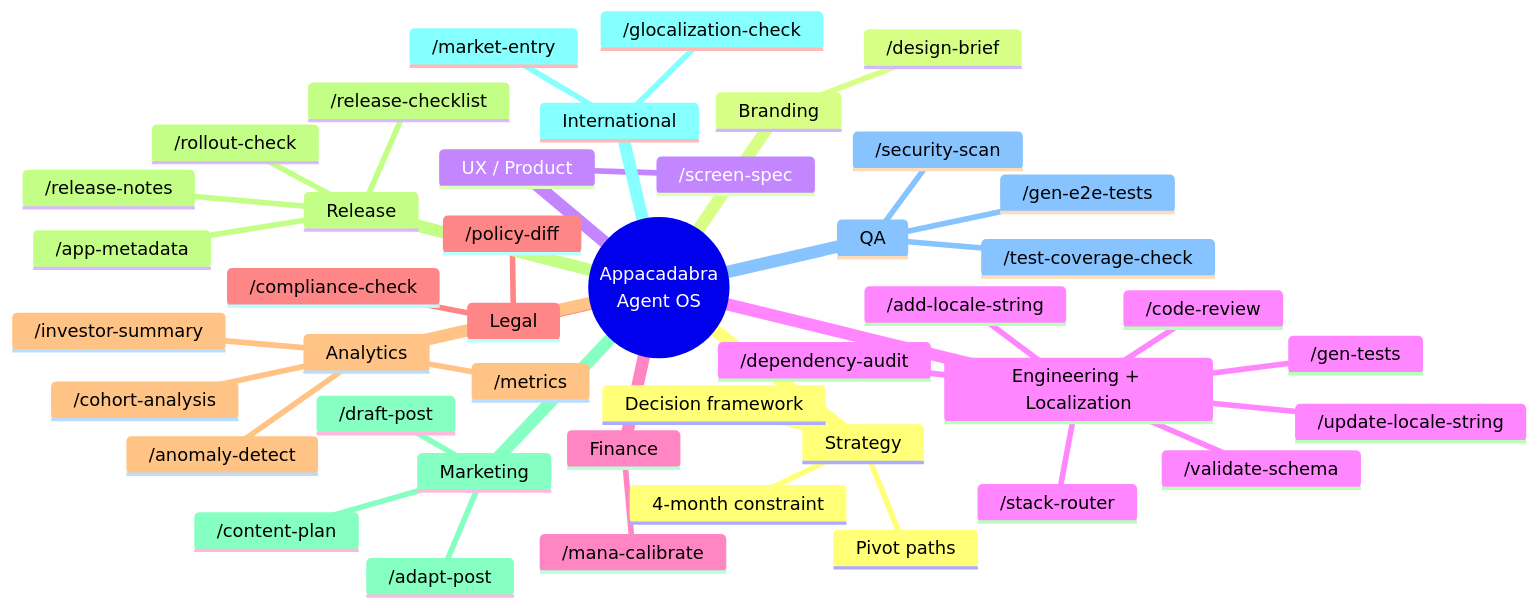
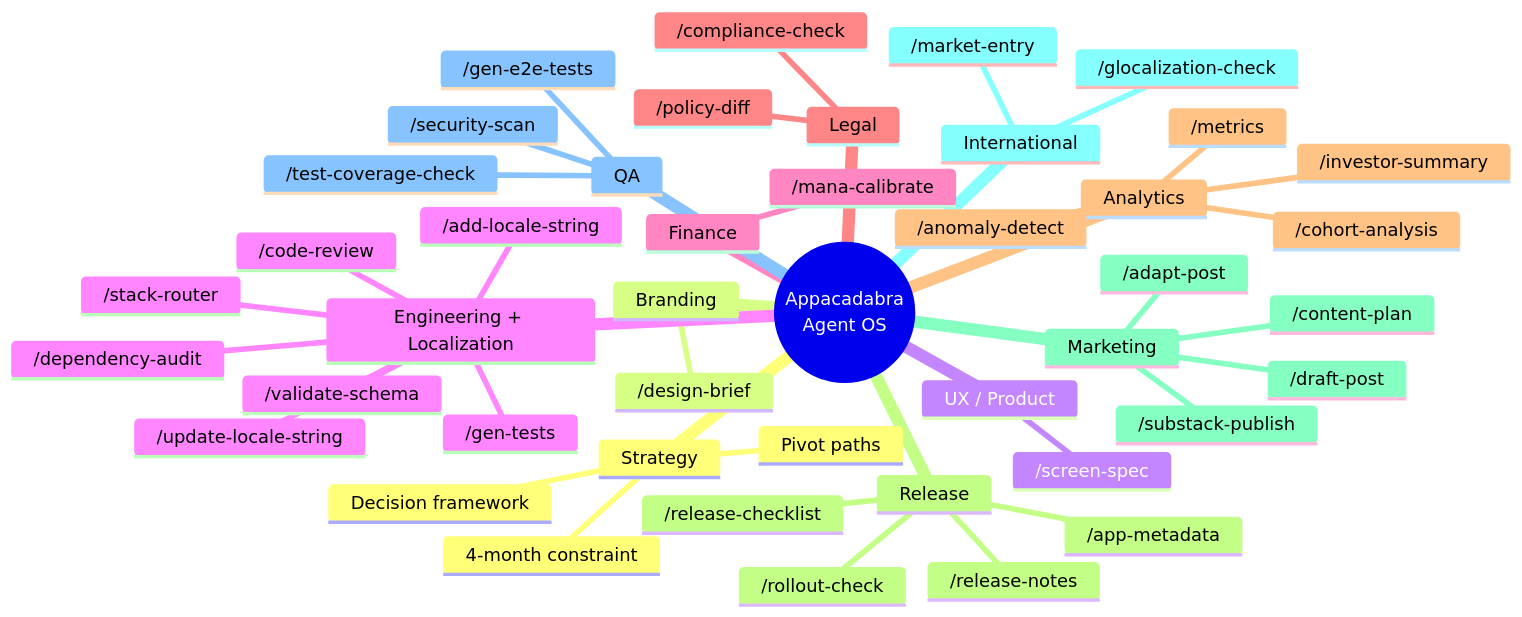
The first of 2 diagrams in docs/blog/blog_expanded_conclusion.md (dmvieira/appacadabra), drawn with Mermaid before and after one commit. The commit also changed other lines of this file and 5 other files, not shown here.

First line of the commit message:
feat(blog): add /substack-publish skill to Marketing Agent

````diff
--- a/docs/blog/blog_expanded_conclusion.md
+++ b/docs/blog/blog_expanded_conclusion.md
@@ -35,46 +35,47 @@
 ```mermaid
 mindmap
   root((Appacadabra<br/>Agent OS))
     Strategy
       4-month constraint
       Decision framework
       Pivot paths
     Branding
       /design-brief
     UX / Product
       /screen-spec
     Engineering + Localization
       /code-review
       /gen-tests
       /validate-schema
       /dependency-audit
       /stack-router
       /add-locale-string
       /update-locale-string
     Finance
       /mana-calibrate
     Legal
       /compliance-check
       /policy-diff
     Analytics
       /metrics
       /anomaly-detect
       /cohort-analysis
       /investor-summary
     Release
       /release-notes
       /release-checklist
       /app-metadata
       /rollout-check
     Marketing
       /draft-post
       /content-plan
       /adapt-post
+      /substack-publish
     International
       /market-entry
       /glocalization-check
     QA
       /test-coverage-check
       /gen-e2e-tests
       /security-scan
 ```
````
